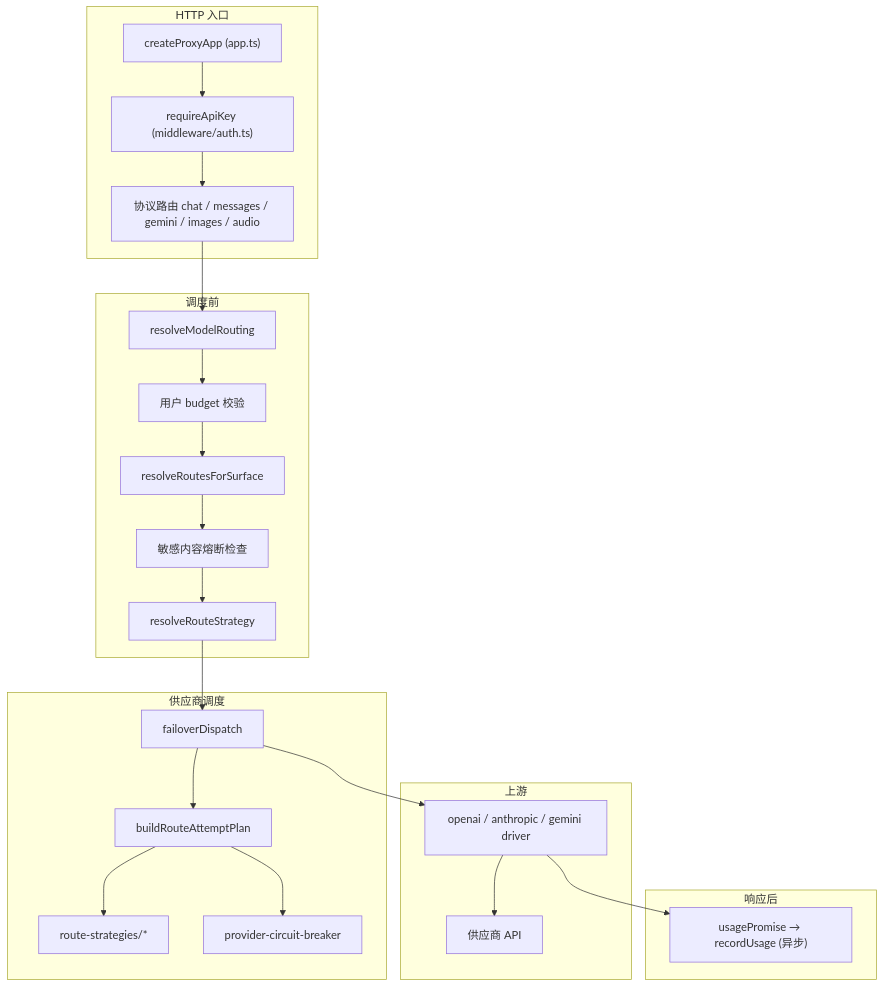
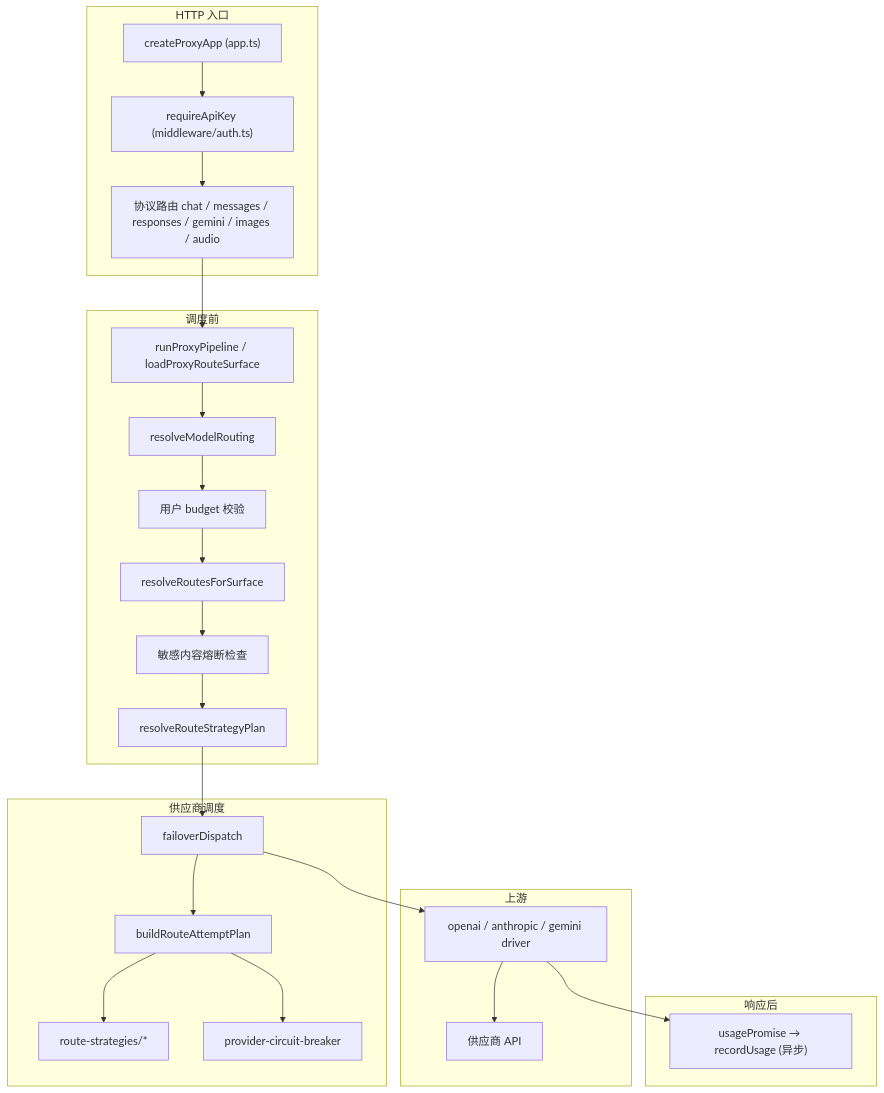
The first of 2 diagrams in docs/developers/architecture/proxy-request-lifecycle.md (OctaFuse/octafuse-gateway), drawn with Mermaid before and after one commit. The commit also changed other lines of this file and 30 other files, not shown here.

````diff
--- a/docs/developers/architecture/proxy-request-lifecycle.md
+++ b/docs/developers/architecture/proxy-request-lifecycle.md
@@ -26,39 +28,41 @@
 ```mermaid
 flowchart TB
   subgraph entry [HTTP 入口]
     app["createProxyApp (app.ts)"]
     auth["requireApiKey (middleware/auth.ts)"]
-    route["协议路由 chat / messages / gemini / images / audio"]
+    route["协议路由 chat / messages / responses / gemini / images / audio"]
   end
 
   subgraph preDispatch [调度前]
+    pipeline["runProxyPipeline / loadProxyRouteSurface"]
     model["resolveModelRouting"]
     surface["resolveRoutesForSurface"]
     budget["用户 budget 校验"]
     sensitive["敏感内容熔断检查"]
-    strategy["resolveRouteStrategy"]
+    strategy["resolveRouteStrategyPlan"]
   end
 
   subgraph dispatch [供应商调度]
     failover["failoverDispatch"]
     planner["buildRouteAttemptPlan"]
     strategies["route-strategies/*"]
     breaker["provider-circuit-breaker"]
   end
 
   subgraph upstream [上游]
     driver["openai / anthropic / gemini driver"]
     provider["供应商 API"]
   end
 
   subgraph post [响应后]
     usage["usagePromise → recordUsage (异步)"]
   end
 
-  app --> auth --> route --> model --> budget --> surface --> sensitive --> strategy --> failover
+  app --> auth --> route --> pipeline
+  pipeline --> model --> budget --> surface --> sensitive --> strategy --> failover
   failover --> planner
   planner --> strategies
   planner --> breaker
   failover --> driver --> provider
   driver --> usage
 ```
````
